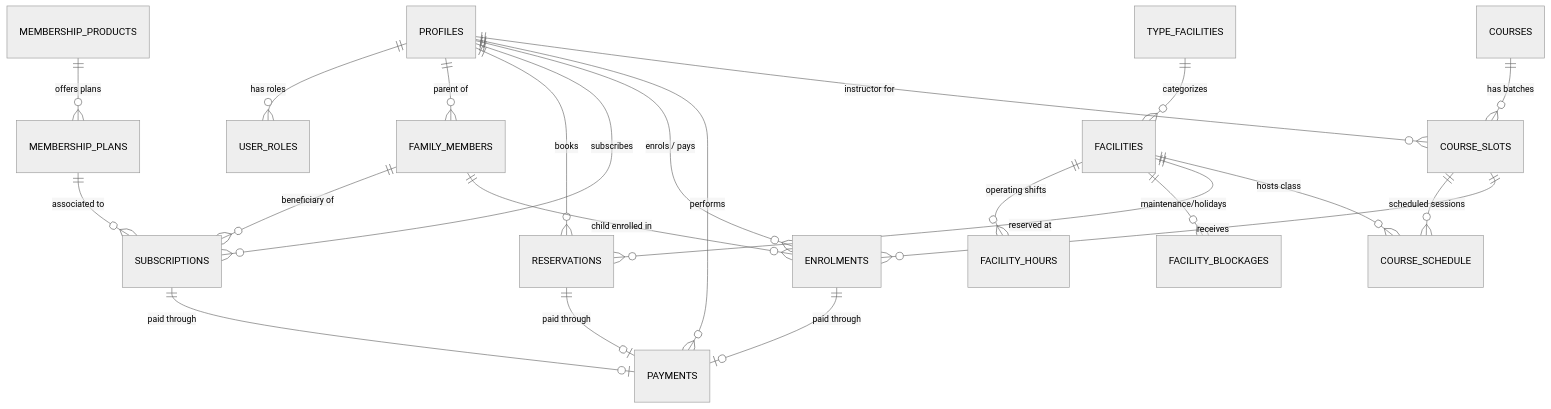
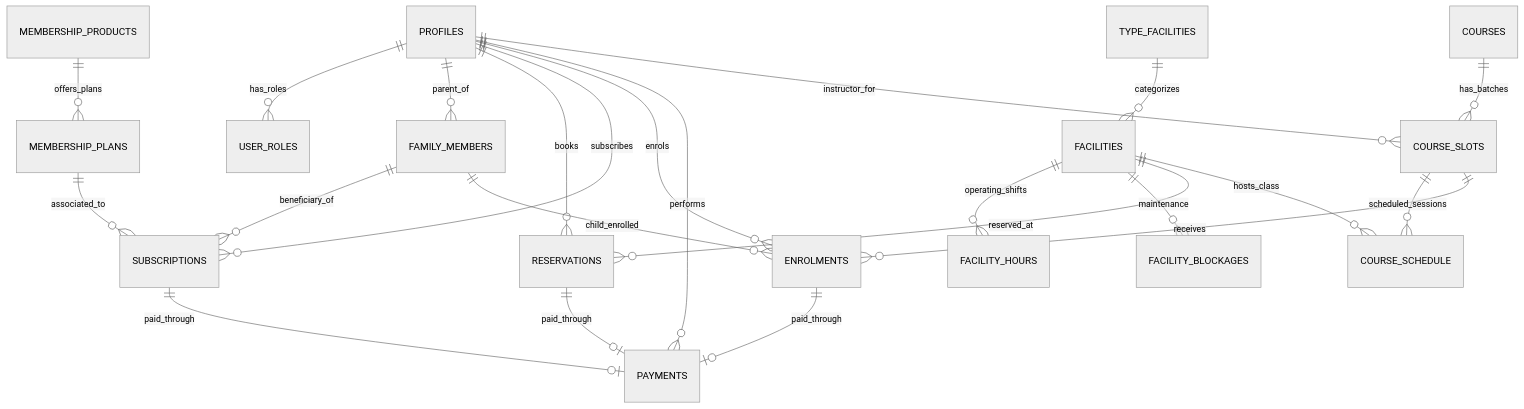
The second of 3 diagrams in README.md (mariocrdev/reservaciones_sys), drawn with Mermaid (neutral theme) before and after one commit. The commit also changed other lines of this file, not shown here.

Commit message:
feat: update diagrams and terminology in README for clarity and consistency

````diff
--- a/README.md
+++ b/README.md
@@ -158,29 +158,29 @@
 ```mermaid
 erDiagram
-    PROFILES ||--o{ USER_ROLES : "has roles"
-    PROFILES ||--o{ FAMILY_MEMBERS : "parent of"
-    PROFILES ||--o{ RESERVATIONS : "books"
-    PROFILES ||--o{ SUBSCRIPTIONS : "subscribes"
-    PROFILES ||--o{ ENROLMENTS : "enrols / pays"
-    PROFILES ||--o{ PAYMENTS : "performs"
+    PROFILES ||--o{ USER_ROLES : has_roles
+    PROFILES ||--o{ FAMILY_MEMBERS : parent_of
+    PROFILES ||--o{ RESERVATIONS : books
+    PROFILES ||--o{ SUBSCRIPTIONS : subscribes
+    PROFILES ||--o{ ENROLMENTS : enrols
+    PROFILES ||--o{ PAYMENTS : performs
     
-    TYPE_FACILITIES ||--o{ FACILITIES : "categorizes"
-    FACILITIES ||--o{ FACILITY_HOURS : "operating shifts"
-    FACILITIES ||--o{ FACILITY_BLOCKAGES : "maintenance/holidays"
-    FACILITIES ||--o{ RESERVATIONS : "reserved at"
-    FACILITIES ||--o{ COURSE_SCHEDULE : "hosts class"
+    TYPE_FACILITIES ||--o{ FACILITIES : categorizes
+    FACILITIES ||--o{ FACILITY_HOURS : operating_shifts
+    FACILITIES ||--o{ FACILITY_BLOCKAGES : maintenance
+    FACILITIES ||--o{ RESERVATIONS : reserved_at
+    FACILITIES ||--o{ COURSE_SCHEDULE : hosts_class
     
-    MEMBERSHIP_PRODUCTS ||--o{ MEMBERSHIP_PLANS : "offers plans"
-    MEMBERSHIP_PLANS ||--o{ SUBSCRIPTIONS : "associated to"
-    FAMILY_MEMBERS ||--o{ SUBSCRIPTIONS : "beneficiary of"
+    MEMBERSHIP_PRODUCTS ||--o{ MEMBERSHIP_PLANS : offers_plans
+    MEMBERSHIP_PLANS ||--o{ SUBSCRIPTIONS : associated_to
+    FAMILY_MEMBERS ||--o{ SUBSCRIPTIONS : beneficiary_of
     
-    COURSES ||--o{ COURSE_SLOTS : "has batches"
-    PROFILES ||--o{ COURSE_SLOTS : "instructor for"
-    COURSE_SLOTS ||--o{ COURSE_SCHEDULE : "scheduled sessions"
-    COURSE_SLOTS ||--o{ ENROLMENTS : "receives"
-    FAMILY_MEMBERS ||--o{ ENROLMENTS : "child enrolled in"
+    COURSES ||--o{ COURSE_SLOTS : has_batches
+    PROFILES ||--o{ COURSE_SLOTS : instructor_for
+    COURSE_SLOTS ||--o{ COURSE_SCHEDULE : scheduled_sessions
+    COURSE_SLOTS ||--o{ ENROLMENTS : receives
+    FAMILY_MEMBERS ||--o{ ENROLMENTS : child_enrolled
     
-    RESERVATIONS ||--o| PAYMENTS : "paid through"
-    SUBSCRIPTIONS ||--o| PAYMENTS : "paid through"
-    ENROLMENTS ||--o| PAYMENTS : "paid through"
+    RESERVATIONS ||--o| PAYMENTS : paid_through
+    SUBSCRIPTIONS ||--o| PAYMENTS : paid_through
+    ENROLMENTS ||--o| PAYMENTS : paid_through
 ```
````
